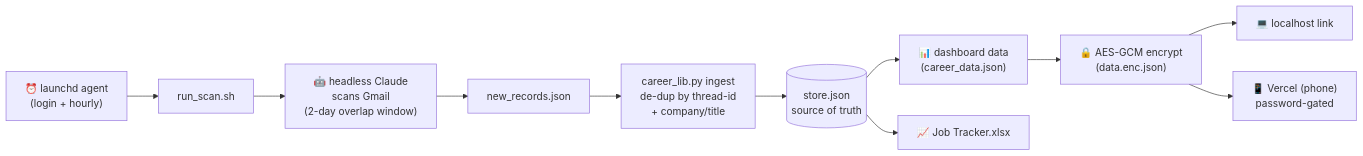
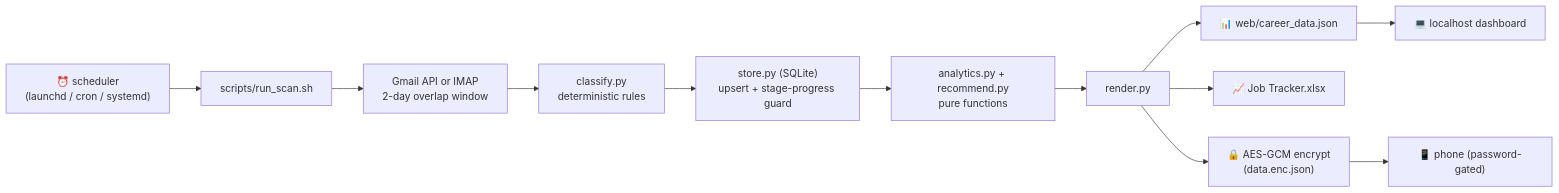
Before and after one commit to aaryan0909/JobAppTracker-Gmail2Offers: the diagram in README.md, drawn with Mermaid. The commit also changed other lines of this file and 7 other files, not shown here.

Commit message:
Overhaul: root config, README, setup/architecture docs (re-push without workflow file)

````diff
--- a/README.md
+++ b/README.md
@@ -62,13 +76,14 @@
 ```mermaid
 flowchart LR
-    A["⏰ launchd agent<br/>(login + hourly)"] --> B["run_scan.sh"]
-    B --> C["🤖 headless Claude<br/>scans Gmail<br/>(2-day overlap window)"]
-    C --> D["new_records.json"]
-    D --> E["career_lib.py ingest<br/>de-dup by thread-id<br/>+ company/title"]
-    E --> F[("store.json<br/>source of truth")]
-    F --> G["📊 dashboard data<br/>(career_data.json)"]
-    F --> H["📈 Job Tracker.xlsx"]
-    G --> I["🔒 AES-GCM encrypt<br/>(data.enc.json)"]
-    I --> J["💻 localhost link"]
-    I --> K["📱 Vercel (phone)<br/>password-gated"]
+    A["⏰ scheduler<br/>(launchd / cron / systemd)"] --> B["scripts/run_scan.sh"]
+    B --> C["Gmail API or IMAP<br/>2-day overlap window"]
+    C --> D["classify.py<br/>deterministic rules"]
+    D --> E["store.py (SQLite)<br/>upsert + stage-progress guard"]
+    E --> F["analytics.py + recommend.py<br/>pure functions"]
+    F --> G["render.py"]
+    G --> H["📊 web/career_data.json"]
+    G --> I["📈 Job Tracker.xlsx"]
+    G --> J["🔒 AES-GCM encrypt<br/>(data.enc.json)"]
+    H --> K["💻 localhost dashboard"]
+    J --> L["📱 phone (password-gated)"]
 ```
````
